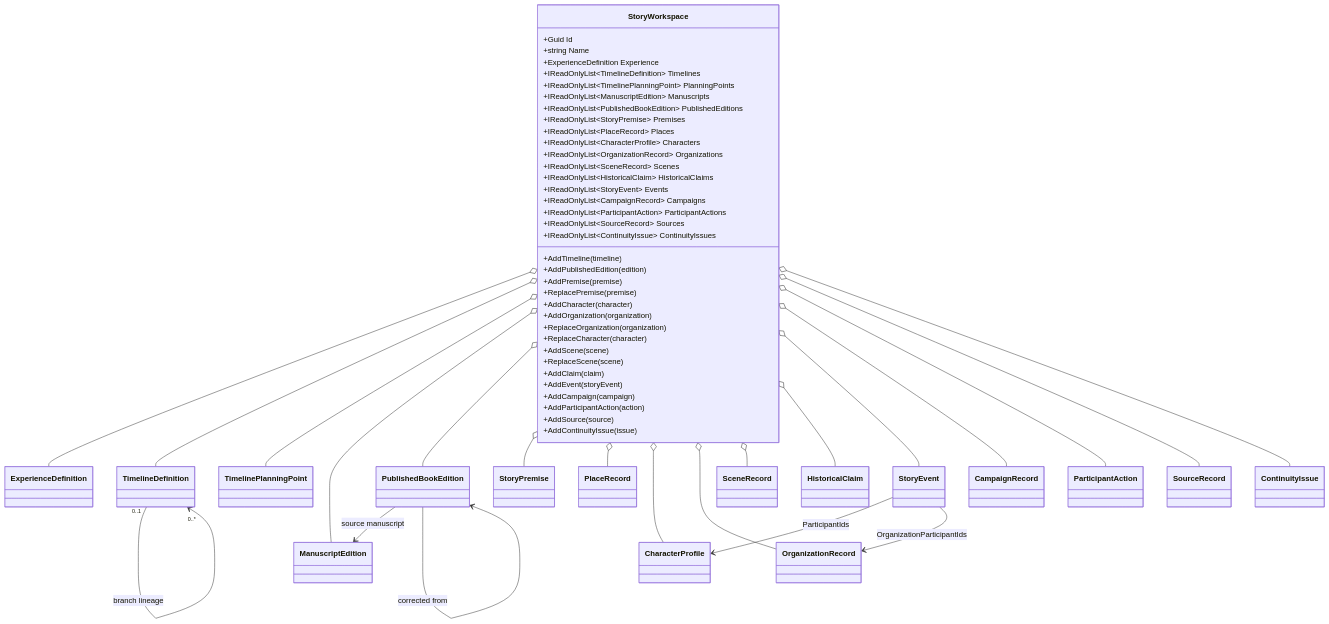
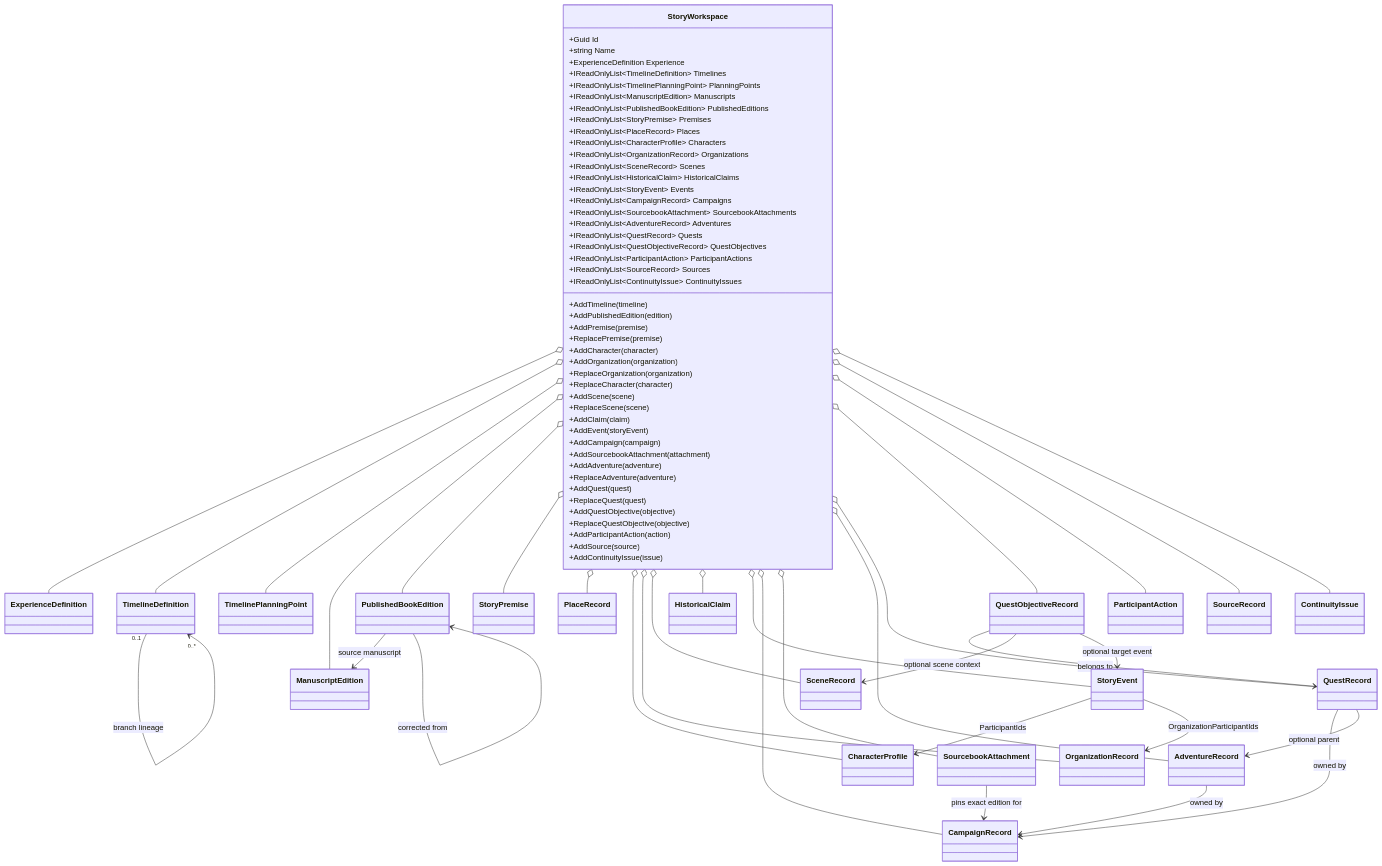
Before and after one commit to TrentBest/StoryBuilder: the diagram in docs/UML/StoryWorkspaceUML.md, drawn with Mermaid. The commit also changed other lines of this file, not shown here.

Commit message:
Update workspace UML for campaign planning records

````diff
--- a/docs/UML/StoryWorkspaceUML.md
+++ b/docs/UML/StoryWorkspaceUML.md
@@ -5,60 +5,82 @@
 ```mermaid
 classDiagram
 class StoryWorkspace {
   +Guid Id
   +string Name
   +ExperienceDefinition Experience
   +IReadOnlyList~TimelineDefinition~ Timelines
   +IReadOnlyList~TimelinePlanningPoint~ PlanningPoints
   +IReadOnlyList~ManuscriptEdition~ Manuscripts
   +IReadOnlyList~PublishedBookEdition~ PublishedEditions
   +IReadOnlyList~StoryPremise~ Premises
   +IReadOnlyList~PlaceRecord~ Places
   +IReadOnlyList~CharacterProfile~ Characters
   +IReadOnlyList~OrganizationRecord~ Organizations
   +IReadOnlyList~SceneRecord~ Scenes
   +IReadOnlyList~HistoricalClaim~ HistoricalClaims
   +IReadOnlyList~StoryEvent~ Events
   +IReadOnlyList~CampaignRecord~ Campaigns
+  +IReadOnlyList~SourcebookAttachment~ SourcebookAttachments
+  +IReadOnlyList~AdventureRecord~ Adventures
+  +IReadOnlyList~QuestRecord~ Quests
+  +IReadOnlyList~QuestObjectiveRecord~ QuestObjectives
   +IReadOnlyList~ParticipantAction~ ParticipantActions
   +IReadOnlyList~SourceRecord~ Sources
   +IReadOnlyList~ContinuityIssue~ ContinuityIssues
   +AddTimeline(timeline)
   +AddPublishedEdition(edition)
   +AddPremise(premise)
   +ReplacePremise(premise)
   +AddCharacter(character)
   +AddOrganization(organization)
   +ReplaceOrganization(organization)
   +ReplaceCharacter(character)
   +AddScene(scene)
   +ReplaceScene(scene)
   +AddClaim(claim)
   +AddEvent(storyEvent)
   +AddCampaign(campaign)
+  +AddSourcebookAttachment(attachment)
+  +AddAdventure(adventure)
+  +ReplaceAdventure(adventure)
+  +AddQuest(quest)
+  +ReplaceQuest(quest)
+  +AddQuestObjective(objective)
+  +ReplaceQuestObjective(objective)
   +AddParticipantAction(action)
   +AddSource(source)
   +AddContinuityIssue(issue)
 }
 StoryWorkspace o-- ExperienceDefinition
 StoryWorkspace o-- TimelineDefinition
 StoryWorkspace o-- TimelinePlanningPoint
 StoryWorkspace o-- ManuscriptEdition
 StoryWorkspace o-- PublishedBookEdition
 StoryWorkspace o-- StoryPremise
 StoryWorkspace o-- PlaceRecord
 PublishedBookEdition --> ManuscriptEdition : source manuscript
 PublishedBookEdition --> PublishedBookEdition : corrected from
 StoryWorkspace o-- CharacterProfile
 StoryWorkspace o-- OrganizationRecord
 StoryWorkspace o-- SceneRecord
 StoryWorkspace o-- HistoricalClaim
 StoryWorkspace o-- StoryEvent
 StoryEvent --> CharacterProfile : ParticipantIds
 StoryEvent --> OrganizationRecord : OrganizationParticipantIds
 StoryWorkspace o-- CampaignRecord
+StoryWorkspace o-- SourcebookAttachment
+StoryWorkspace o-- AdventureRecord
+StoryWorkspace o-- QuestRecord
+StoryWorkspace o-- QuestObjectiveRecord
+AdventureRecord --> CampaignRecord : owned by
+QuestRecord --> CampaignRecord : owned by
+QuestRecord --> AdventureRecord : optional parent
+QuestObjectiveRecord --> QuestRecord : belongs to
+QuestObjectiveRecord --> SceneRecord : optional scene context
+QuestObjectiveRecord --> StoryEvent : optional target event
+SourcebookAttachment --> CampaignRecord : pins exact edition for
 StoryWorkspace o-- ParticipantAction
 StoryWorkspace o-- SourceRecord
 StoryWorkspace o-- ContinuityIssue
 TimelineDefinition "0..1" --> "0..*" TimelineDefinition : branch lineage
 ```
````
